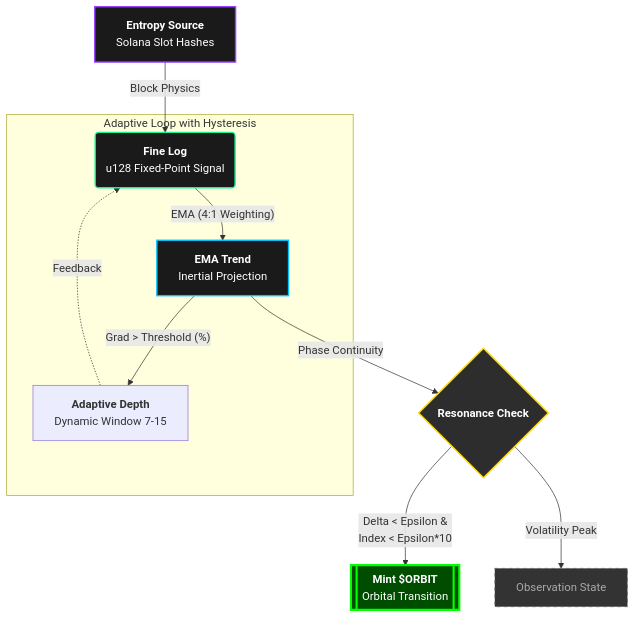
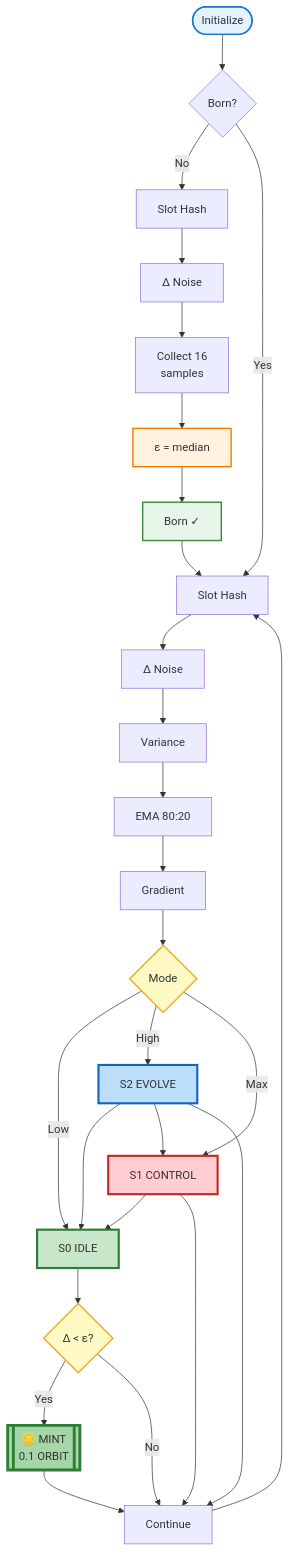
One commit to YYurq/Orbital_Pulse_Blockchain-Proof_of_Pause changed the diagram in README.md. Above: the diagram before and after it, drawn with Mermaid.

````diff
--- a/README.md
+++ b/README.md
@@ -55,25 +55,51 @@
 ```mermaid
 graph TD
-    %% Nodes
-    Entropy[<b>Entropy Source</b><br/>Solana Slot Hashes] -- Block Physics --> FineLog(<b>Fine Log</b><br/>u128 Fixed-Point Signal)
+    Start([Initialize]) --> Calib{Born?}
     
-    FineLog -- "EMA (4:1 Weighting)" --> EMA[<b>EMA Trend</b><br/>Inertial Projection]
+    %% Calibration
+    Calib -->|No| Hash1[Slot Hash]
+    Hash1 --> Delta1[Δ Noise]
+    Delta1 --> Collect[Collect 16<br/>samples]
+    Collect --> Eps[ε = median]
+    Eps --> Born[Born ✓]
     
-    subgraph Self_Regulation [Adaptive Loop with Hysteresis]
-    EMA -- "Grad > Threshold (%)" --> Depth[<b>Adaptive Depth</b><br/>Dynamic Window 7-15]
-    Depth -.->|Feedback| FineLog
-    end
+    %% Working Cycle
+    Calib -->|Yes| Hash2[Slot Hash]
+    Born --> Hash2
+    Hash2 --> Delta2[Δ Noise]
+    Delta2 --> Var[Variance]
+    Var --> EMA[EMA 80:20]
+    EMA --> Grad[Gradient]
     
-    EMA -- Phase Continuity --> Resonance{<b>Resonance Check</b>}
+    %% Modes
+    Grad --> Mode{Mode}
+    Mode -->|Low| S0[S0 IDLE]
+    Mode -->|High| S2[S2 EVOLVE]
+    Mode -->|Max| S1[S1 CONTROL]
     
-    Resonance -- "Delta < Epsilon &<br/>Index < Epsilon*10" --> MintNode[[<b>Mint $ORBIT</b><br/>Orbital Transition]]
-    Resonance -- "Volatility Peak" --> Observe[Observation State]
+    S2 --> S0
+    S2 --> S1
+    S1 --> S0
     
-    %% Styling
-    style Entropy fill:#1a1a1a,stroke:#9945FF,stroke-width:2px,color:#fff
-    style FineLog fill:#1a1a1a,stroke:#14F195,stroke-width:2px,color:#fff
-    style EMA fill:#1a1a1a,stroke:#00C2FF,stroke-width:2px,color:#fff
-    style Resonance fill:#2d2d2d,stroke:#FFD700,stroke-width:2px,color:#fff
-    style MintNode fill:#004d00,stroke:#00ff00,stroke-width:3px,color:#fff
-    style Observe fill:#333,stroke:#666,stroke-dasharray: 5 5,color:#aaa
+    %% Emission
+    S0 --> Check{Δ < ε?}
+    Check -->|Yes| Mint[[🪙 MINT<br/>0.1 ORBIT]]
+    Check -->|No| Loop[Continue]
+    S1 --> Loop
+    S2 --> Loop
+    Mint --> Loop
+    Loop --> Hash2
+    
+    %% Light theme styling
+    style Start fill:#e3f2fd,stroke:#1976d2,stroke-width:2px
+    style Eps fill:#fff3e0,stroke:#f57c00,stroke-width:2px
+    style Born fill:#e8f5e9,stroke:#388e3c,stroke-width:2px
+    
+    style S0 fill:#c8e6c9,stroke:#2e7d32,stroke-width:3px
+    style S1 fill:#ffcdd2,stroke:#c62828,stroke-width:3px
+    style S2 fill:#bbdefb,stroke:#1565c0,stroke-width:3px
+    
+    style Mint fill:#a5d6a7,stroke:#2e7d32,stroke-width:4px
+    style Check fill:#fff9c4,stroke:#f9a825,stroke-width:2px
+    style Mode fill:#fff9c4,stroke:#f9a825,stroke-width:2px
 ```
````
